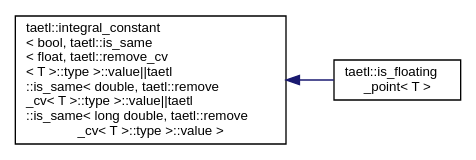
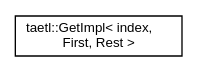
The diagram in inherit_graph_6.dot (tobanteAudio/taetl), drawn with Graphviz before and after one commit. The commit also changed 72 other files, not shown here.

```diff
--- a/inherit_graph_6.dot
+++ b/inherit_graph_6.dot
@@ -1,9 +1,7 @@
 digraph "Graphical Class Hierarchy"
 {
   edge [fontname="Helvetica",fontsize="10",labelfontname="Helvetica",labelfontsize="10"];
   node [fontname="Helvetica",fontsize="10",shape=record];
   rankdir="LR";
-  Node0 [label="taetl::integral_constant\l\< bool, taetl::is_same\l\< float, taetl::remove_cv\l\< T \>::type \>::value\|\|taetl\l::is_same\< double, taetl::remove\l_cv\< T \>::type \>::value\|\|taetl\l::is_same\< long double, taetl::remove\l_cv\< T \>::type \>::value \>",height=0.2,width=0.4,color="black", fillcolor="white", style="filled",URL="$structtaetl_1_1integral__constant.html"];
-  Node0 -> Node1 [dir="back",color="midnightblue",fontsize="10",style="solid",fontname="Helvetica"];
-  Node1 [label="taetl::is_floating\l_point\< T \>",height=0.2,width=0.4,color="black", fillcolor="white", style="filled",URL="$structtaetl_1_1is__floating__point.html"];
+  Node0 [label="taetl::GetImpl\< index,\l First, Rest \>",height=0.2,width=0.4,color="black", fillcolor="white", style="filled",URL="$structtaetl_1_1GetImpl.html"];
 }
```
